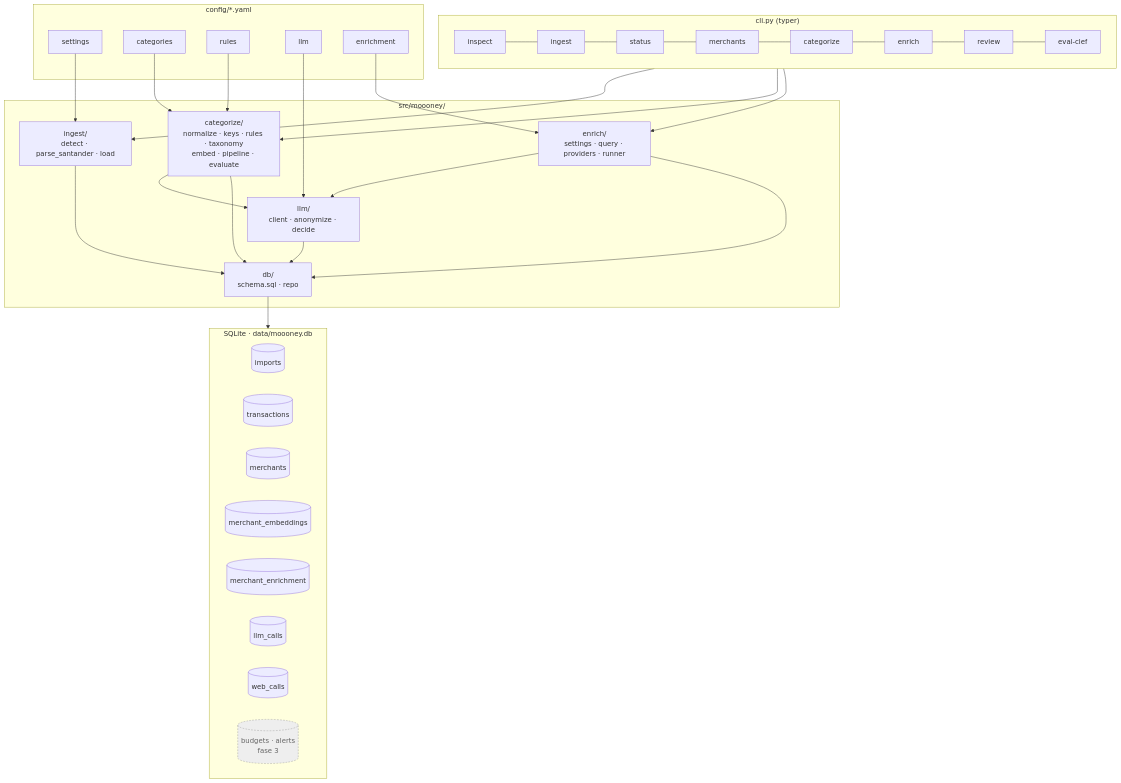
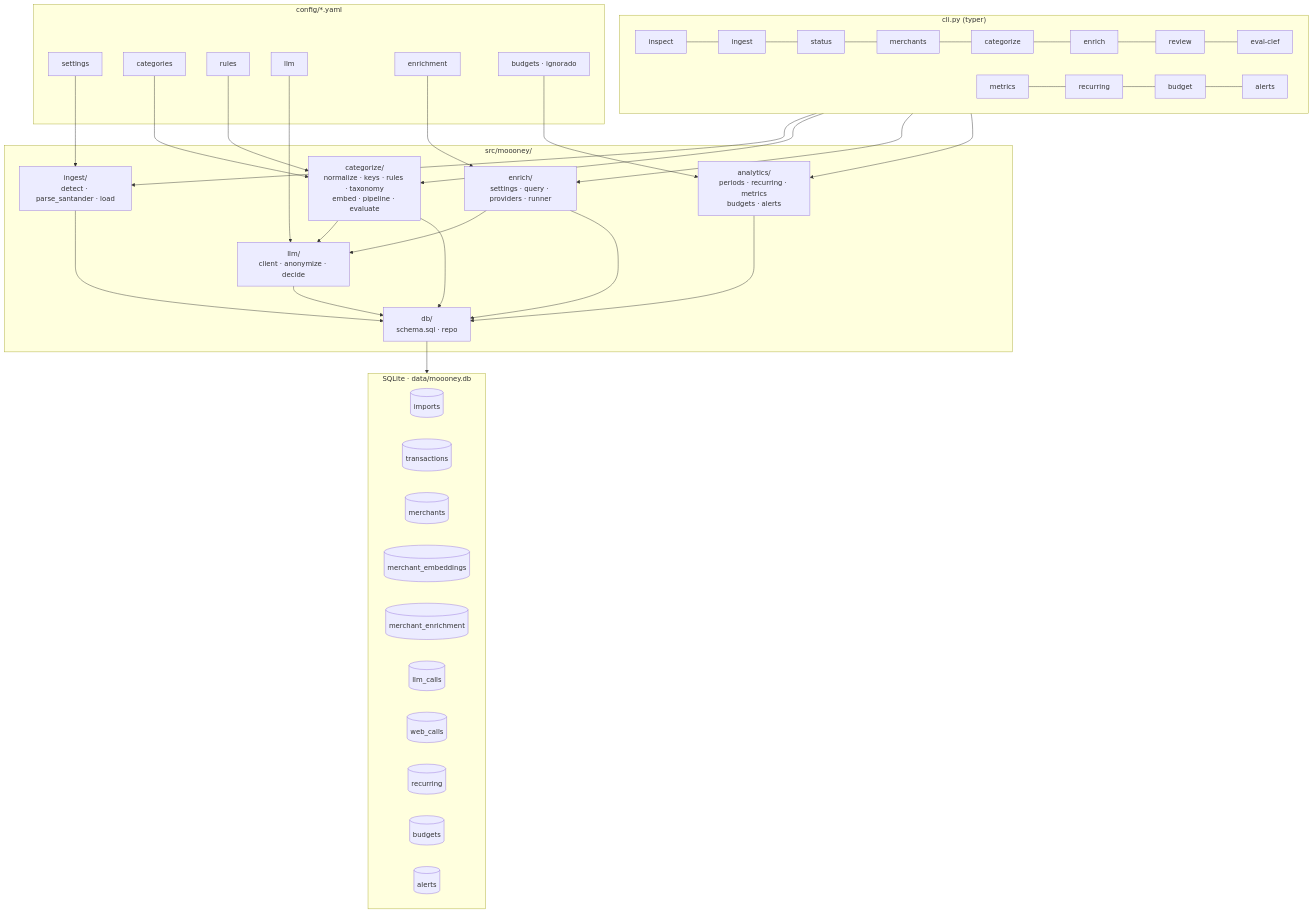
One commit to scavero/moooney changed the fourth of 4 diagrams in docs/ARQUITECTURA.md. Above: the diagram before and after it, drawn with Mermaid. The commit also changed other lines of this file and 15 other files, not shown here.

````diff
--- a/docs/ARQUITECTURA.md
+++ b/docs/ARQUITECTURA.md
@@ -143,44 +156,50 @@
 ```mermaid
 flowchart TB
     subgraph cli["cli.py (typer)"]
         C1[inspect] --- C2[ingest] --- C3[status] --- C4[merchants] --- C5[categorize] --- C6[enrich] --- C7[review] --- C8[eval-clef]
+        C9[metrics] --- C10[recurring] --- C11[budget] --- C12[alerts]
     end
 
     subgraph src["src/moooney/"]
         ING["ingest/<br/>detect · parse_santander · load"]
         CAT["categorize/<br/>normalize · keys · rules · taxonomy<br/>embed · pipeline · evaluate"]
         ENRM["enrich/<br/>settings · query · providers · runner"]
+        ANA["analytics/<br/>periods · recurring · metrics<br/>budgets · alerts"]
         LLM["llm/<br/>client · anonymize · decide"]
         DBM["db/<br/>schema.sql · repo"]
     end
 
     subgraph tablas["SQLite · data/moooney.db"]
         T1[(imports)]
         T2[(transactions)]
         T3[(merchants)]
         T4[(merchant_embeddings)]
         T5[(merchant_enrichment)]
         T6[(llm_calls)]
         T7[(web_calls)]
-        T8[(budgets · alerts<br/>fase 3)]:::todo
+        T8[(recurring)]
+        T9[(budgets)]
+        T10[(alerts)]
     end
 
     subgraph cfg["config/*.yaml"]
         Y1[settings]
         Y2[categories]
         Y3[rules]
         Y4[llm]
         Y5[enrichment]
+        Y6[budgets · ignorado]
     end
 
-    cli --> ING & CAT & ENRM
+    cli --> ING & CAT & ENRM & ANA
     CAT --> LLM
     ENRM --> LLM
-    ING & CAT & ENRM & LLM --> DBM --> tablas
+    ING & CAT & ENRM & ANA & LLM --> DBM --> tablas
     Y1 --> ING
     Y2 & Y3 --> CAT
     Y4 --> LLM
     Y5 --> ENRM
+    Y6 --> ANA
 
     classDef todo fill:#eee,stroke:#999,color:#666,stroke-dasharray: 4 3
 ```
````
